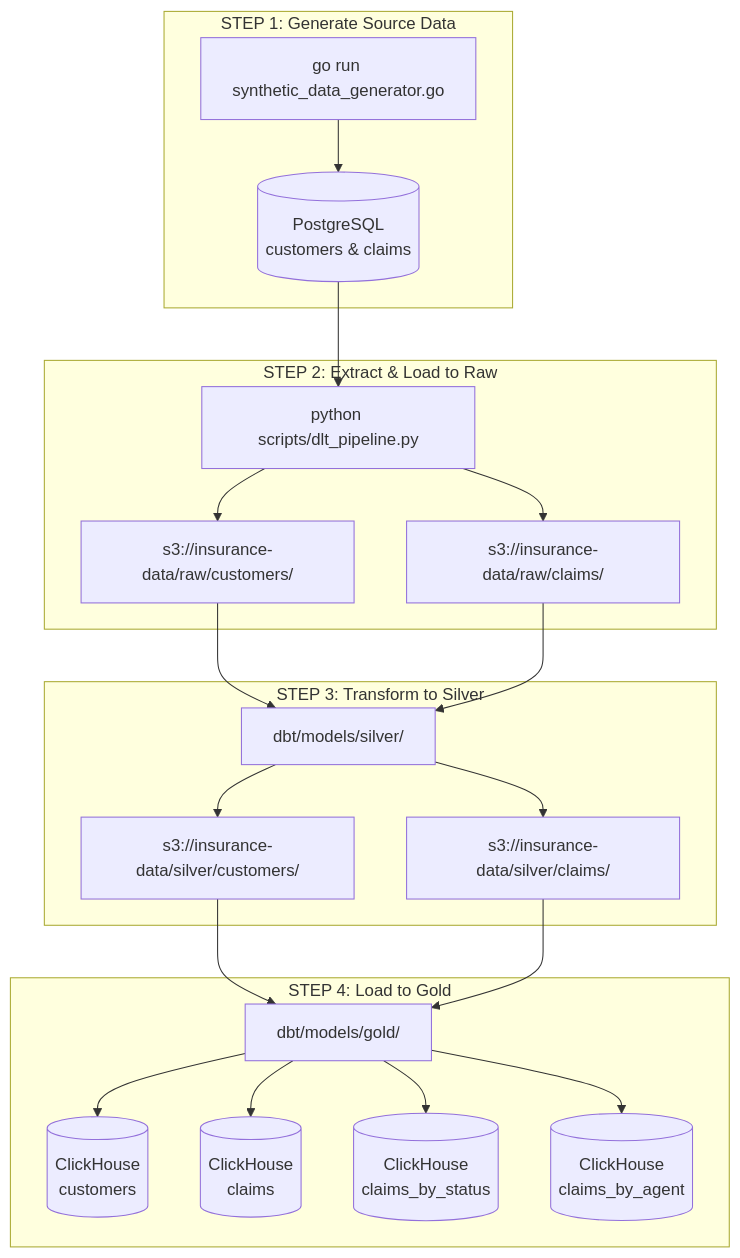
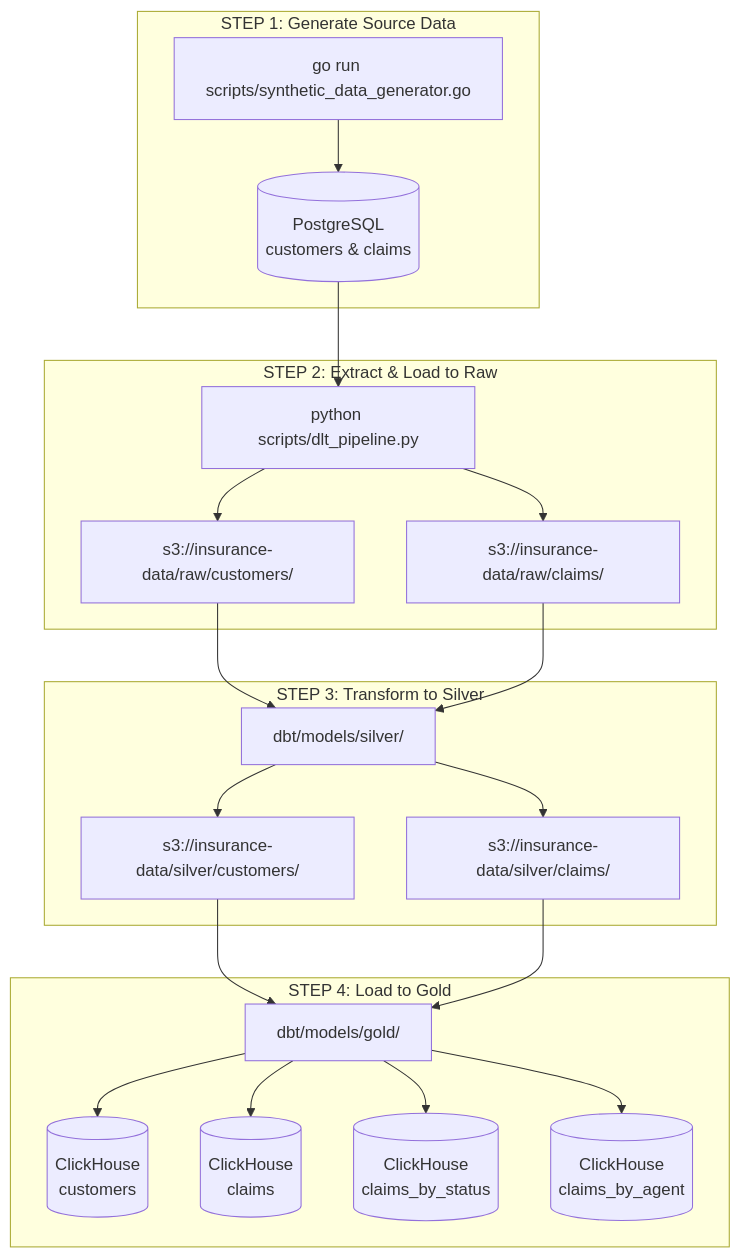
The second of 4 diagrams in README.md (matiasmagni/insurance-company-data-pipeline-example), drawn with Mermaid before and after one commit. The commit also changed other lines of this file, not shown here.

````diff
--- a/README.md
+++ b/README.md
@@ -61,29 +79,29 @@
 ```mermaid
 flowchart TB
     subgraph "STEP 1: Generate Source Data"
-        A[go run synthetic_data_generator.go] --> B[(PostgreSQL\ncustomers & claims)]
+        A[go run scripts/synthetic_data_generator.go] --> B[(PostgreSQL\ncustomers & claims)]
     end
     
     subgraph "STEP 2: Extract & Load to Raw"
         C[python scripts/dlt_pipeline.py] --> D[s3://insurance-data/raw/customers/]
         C --> E[s3://insurance-data/raw/claims/]
     end
     
     subgraph "STEP 3: Transform to Silver"
         F[dbt/models/silver/] --> G[s3://insurance-data/silver/customers/]
         F --> H[s3://insurance-data/silver/claims/]
     end
     
     subgraph "STEP 4: Load to Gold"
         I[dbt/models/gold/] --> J[(ClickHouse\ncustomers)]
         I --> K[(ClickHouse\nclaims)]
         I --> L[(ClickHouse\nclaims_by_status)]
         I --> M[(ClickHouse\nclaims_by_agent)]
     end
     
     B --> C
     D --> F
     E --> F
     G --> I
     H --> I
 ```
````
